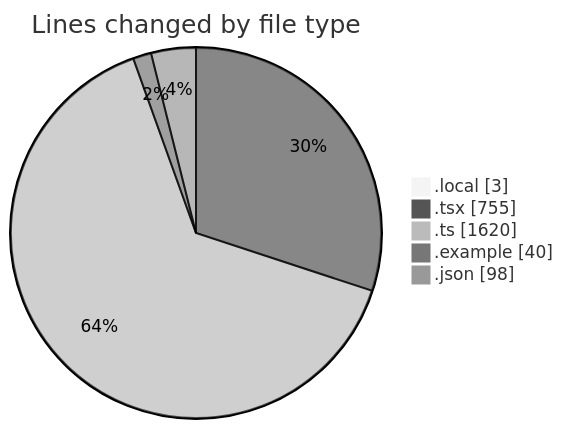
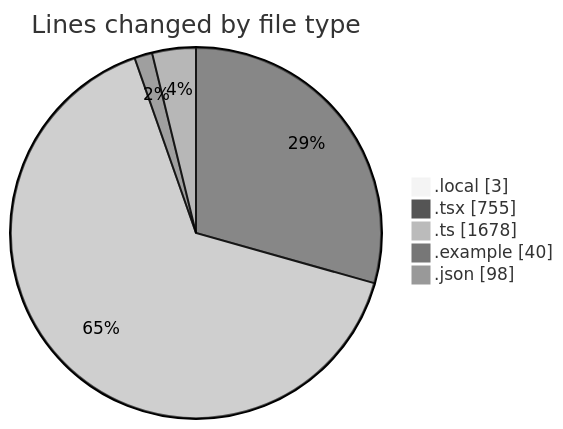
The first of 2 diagrams in 2025-11-20/eventscop-frontend-guide__workspace_/README.md (julien-gomy/code-tracking), drawn with Mermaid (neutral theme) before and after one commit. The commit also changed other lines of this file and 1 other file, not shown here.

````diff
--- a/2025-11-20/eventscop-frontend-guide__workspace_/README.md
+++ b/2025-11-20/eventscop-frontend-guide__workspace_/README.md
@@ -49,9 +50,9 @@
 ```mermaid
 pie showData
 title Lines changed by file type
 ".local" : 3
 ".tsx" : 755
-".ts" : 1620
+".ts" : 1678
 ".example" : 40
 ".json" : 98
 ```
````
